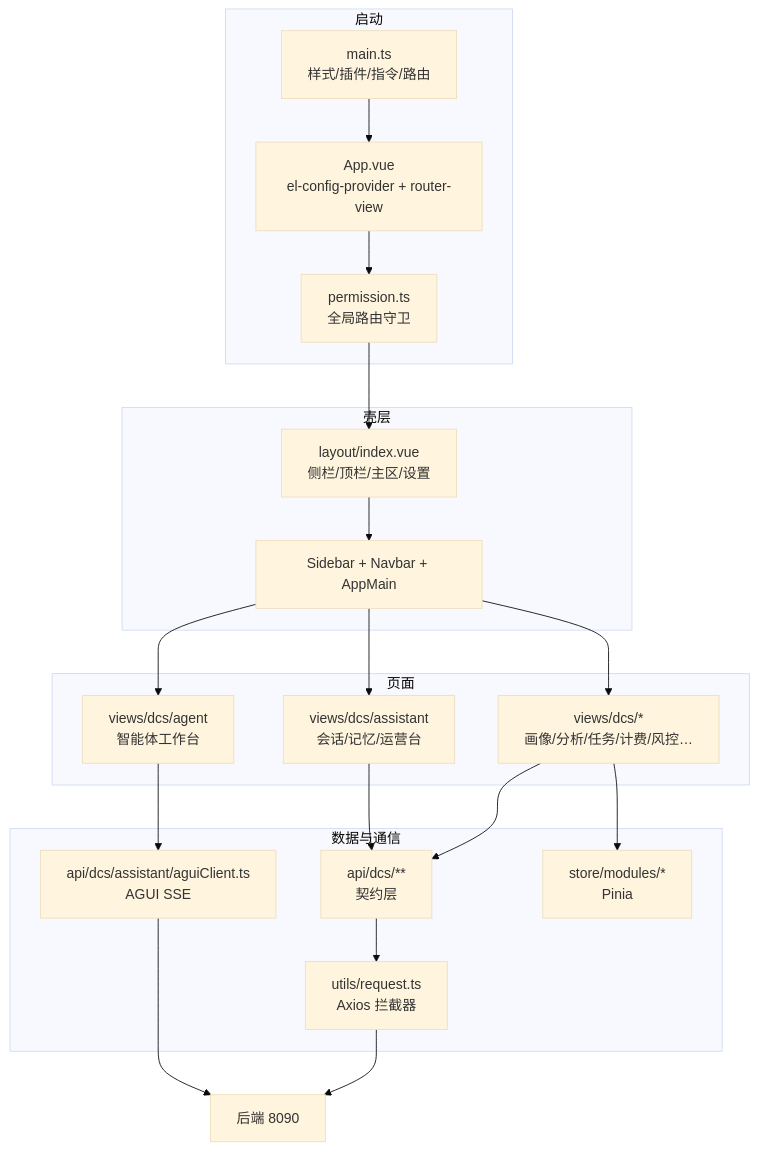
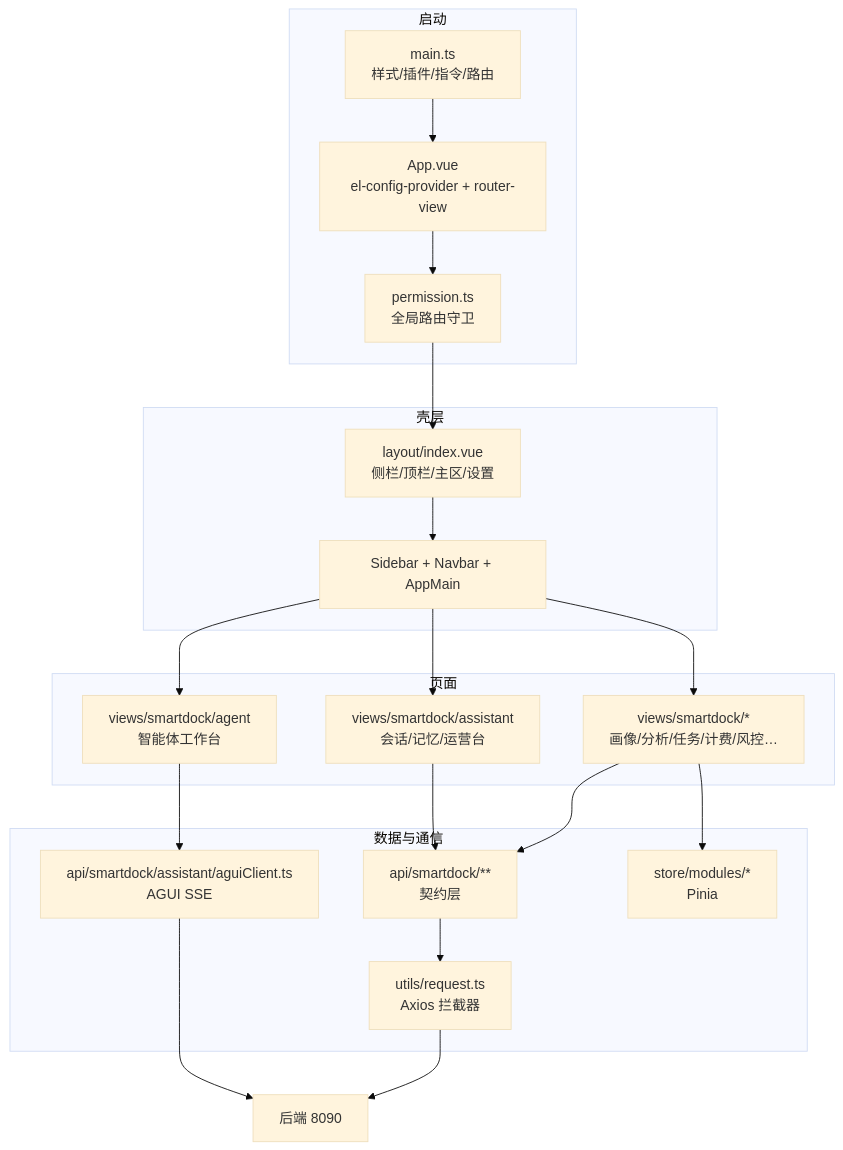
One commit to ck-ys/SmartDock changed the first of 9 diagrams in docs/frontend-architecture.md. Above: the diagram before and after it, drawn with Mermaid (base theme). The commit also changed other lines of this file and 24 other files, not shown here.

````diff
--- a/docs/frontend-architecture.md
+++ b/docs/frontend-architecture.md
@@ -23,35 +23,35 @@
 ```mermaid
 flowchart TB
   subgraph BOOT["启动"]
     M["main.ts<br/>样式/插件/指令/路由"]
     A["App.vue<br/>el-config-provider + router-view"]
     P["permission.ts<br/>全局路由守卫"]
   end
   subgraph SHELL["壳层"]
     L["layout/index.vue<br/>侧栏/顶栏/主区/设置"]
     S["Sidebar + Navbar + AppMain"]
   end
   subgraph PAGES["页面"]
-    DCS["views/dcs/*<br/>画像/分析/任务/计费/风控…"]
-    AGENT["views/dcs/agent<br/>智能体工作台"]
-    ADMIN["views/dcs/assistant<br/>会话/记忆/运营台"]
+    DCS["views/smartdock/*<br/>画像/分析/任务/计费/风控…"]
+    AGENT["views/smartdock/agent<br/>智能体工作台"]
+    ADMIN["views/smartdock/assistant<br/>会话/记忆/运营台"]
   end
   subgraph DATA["数据与通信"]
-    API["api/dcs/**<br/>契约层"]
+    API["api/smartdock/**<br/>契约层"]
     REQ["utils/request.ts<br/>Axios 拦截器"]
-    AGUI["api/dcs/assistant/aguiClient.ts<br/>AGUI SSE"]
+    AGUI["api/smartdock/assistant/aguiClient.ts<br/>AGUI SSE"]
     STORE["store/modules/*<br/>Pinia"]
   end
   B["后端 8090"]
   M --> A --> P --> L --> S
   S --> DCS
   S --> AGENT
   S --> ADMIN
   DCS --> API
   AGENT --> AGUI
   ADMIN --> API
   API --> REQ
   REQ --> B
   AGUI --> B
   DCS --> STORE
 ```
````
